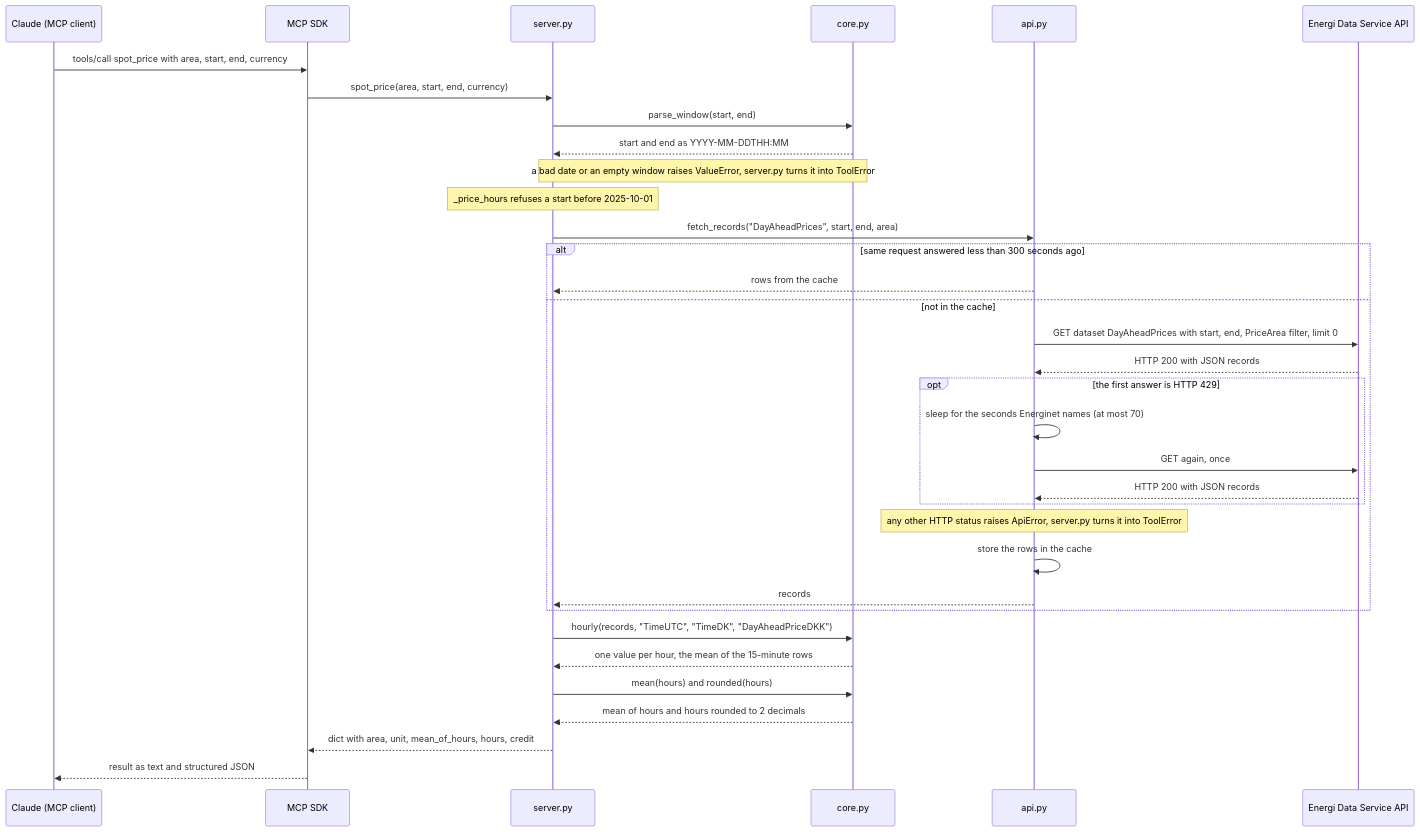
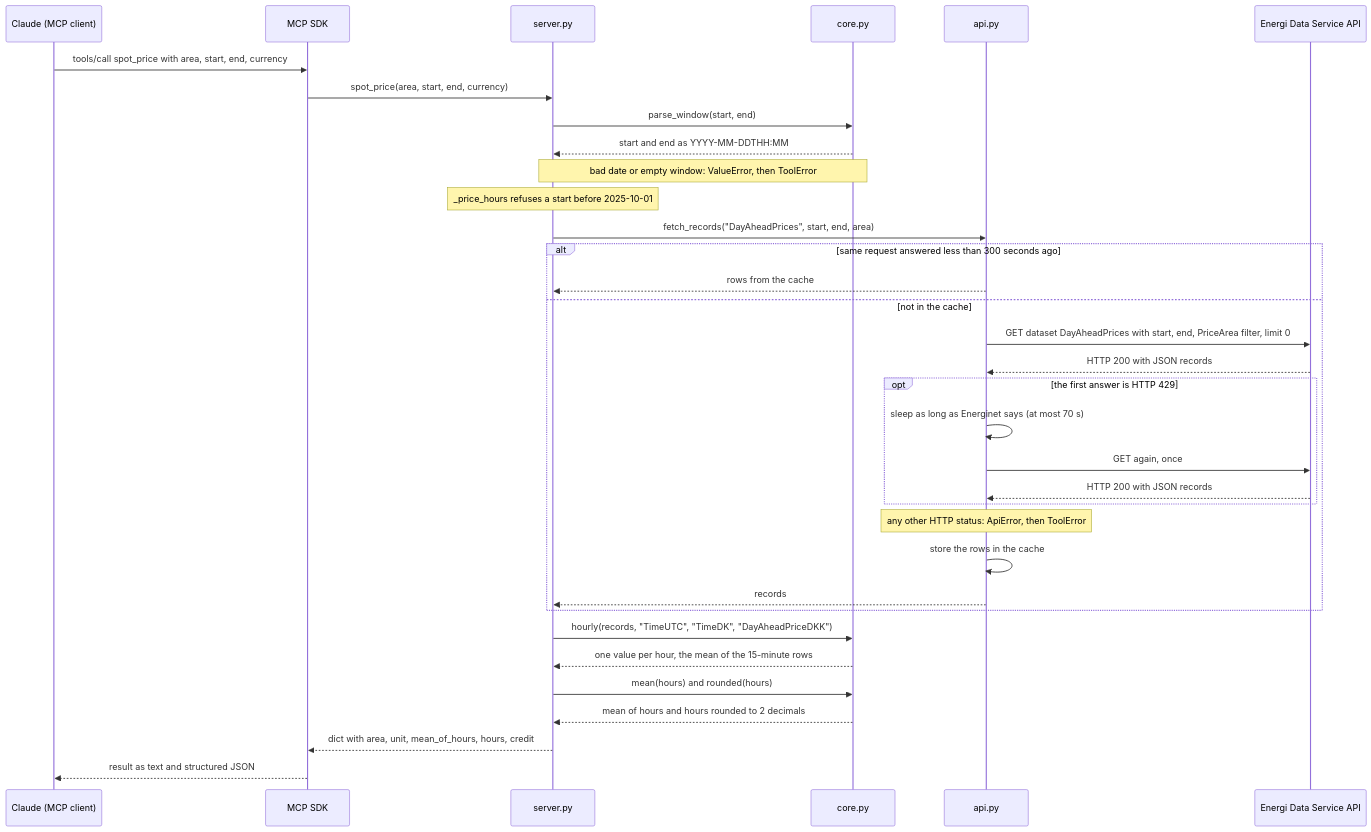
One commit to batutho-dot/energidata-mcp changed the second of 2 diagrams in docs/architecture.md. Above: the diagram before and after it, drawn with Mermaid. The commit also changed other lines of this file and 2 other files, not shown here.

````diff
--- a/docs/architecture.md
+++ b/docs/architecture.md
@@ -52,37 +45,37 @@
 ```mermaid
 sequenceDiagram
     participant C as Claude (MCP client)
     participant S as MCP SDK
     participant T as server.py
     participant K as core.py
     participant A as api.py
     participant E as Energi Data Service API
 
     C->>S: tools/call spot_price with area, start, end, currency
     S->>T: spot_price(area, start, end, currency)
     T->>K: parse_window(start, end)
     K-->>T: start and end as YYYY-MM-DDTHH:MM
-    Note over T,K: a bad date or an empty window raises ValueError, server.py turns it into ToolError
+    Note over T,K: bad date or empty window: ValueError, then ToolError
     Note over T: _price_hours refuses a start before 2025-10-01
     T->>A: fetch_records("DayAheadPrices", start, end, area)
     alt same request answered less than 300 seconds ago
         A-->>T: rows from the cache
     else not in the cache
         A->>E: GET dataset DayAheadPrices with start, end, PriceArea filter, limit 0
         E-->>A: HTTP 200 with JSON records
         opt the first answer is HTTP 429
-            A->>A: sleep for the seconds Energinet names (at most 70)
+            A->>A: sleep as long as Energinet says (at most 70 s)
             A->>E: GET again, once
             E-->>A: HTTP 200 with JSON records
         end
-        Note over A: any other HTTP status raises ApiError, server.py turns it into ToolError
+        Note over A: any other HTTP status: ApiError, then ToolError
         A->>A: store the rows in the cache
         A-->>T: records
     end
     T->>K: hourly(records, "TimeUTC", "TimeDK", "DayAheadPriceDKK")
     K-->>T: one value per hour, the mean of the 15-minute rows
     T->>K: mean(hours) and rounded(hours)
     K-->>T: mean of hours and hours rounded to 2 decimals
     T-->>S: dict with area, unit, mean_of_hours, hours, credit
     S-->>C: result as text and structured JSON
 ```
````
